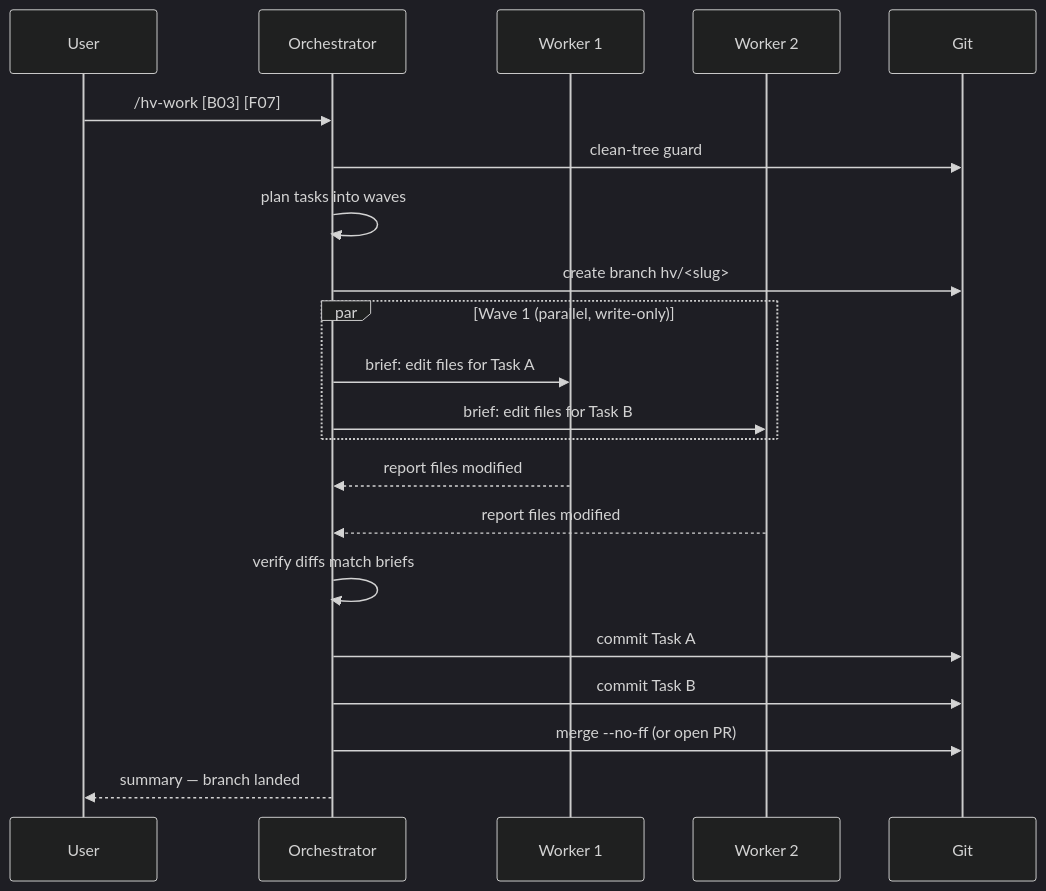
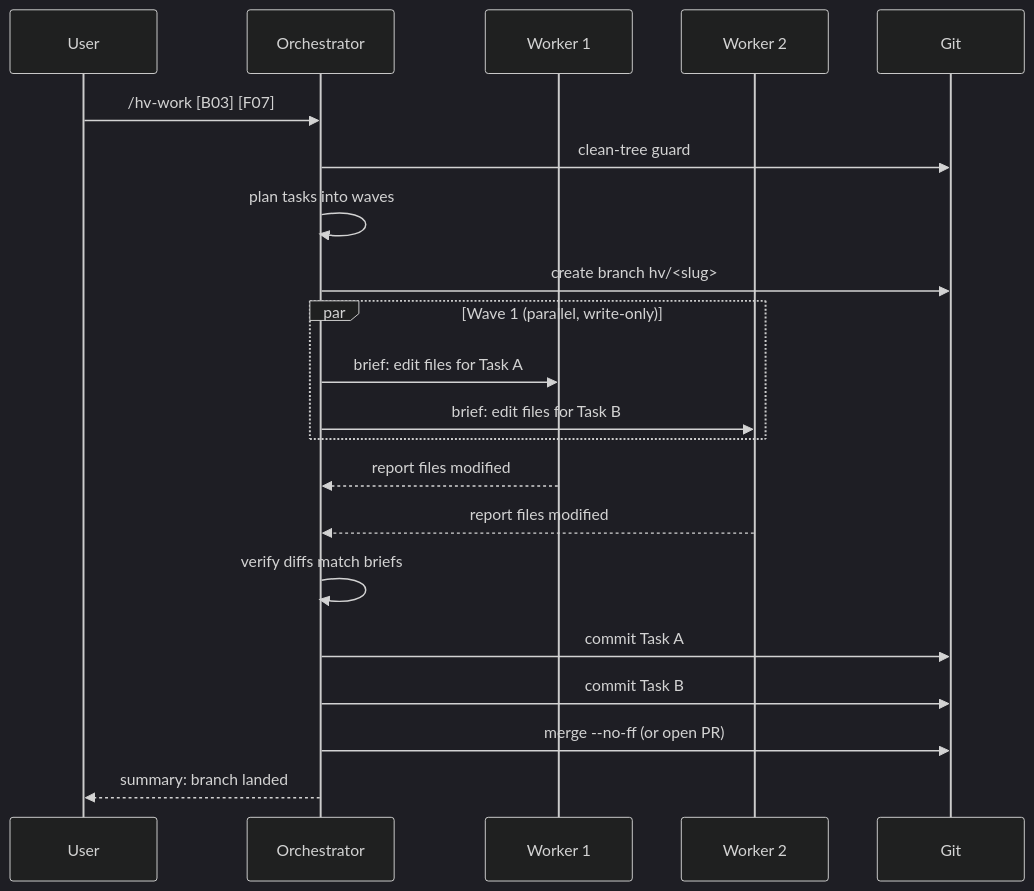
Before and after one commit to l4ci/hv-skills: the diagram in docs/usage/running-work.md, drawn with Mermaid (dark theme). The commit also changed other lines of this file and 29 other files, not shown here.

````diff
--- a/docs/usage/running-work.md
+++ b/docs/usage/running-work.md
@@ -20,24 +20,24 @@
 ```mermaid
 sequenceDiagram
     participant U as User
     participant O as Orchestrator
     participant W1 as Worker 1
     participant W2 as Worker 2
     participant G as Git
 
     U->>O: /hv-work [B03] [F07]
     O->>G: clean-tree guard
     O->>O: plan tasks into waves
     O->>G: create branch hv/<slug>
     par Wave 1 (parallel, write-only)
         O->>W1: brief: edit files for Task A
         O->>W2: brief: edit files for Task B
     end
     W1-->>O: report files modified
     W2-->>O: report files modified
     O->>O: verify diffs match briefs
     O->>G: commit Task A
     O->>G: commit Task B
     O->>G: merge --no-ff (or open PR)
-    O-->>U: summary — branch landed
+    O-->>U: summary: branch landed
 ```
````
